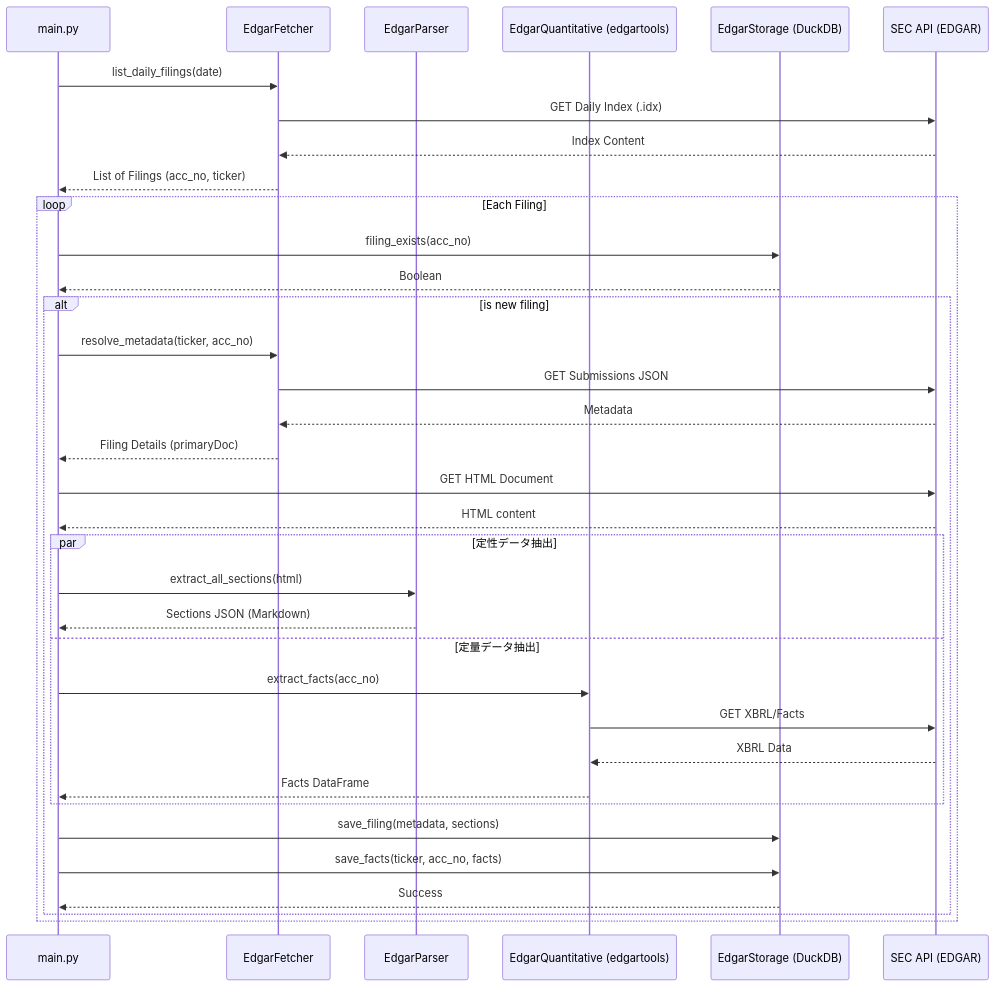
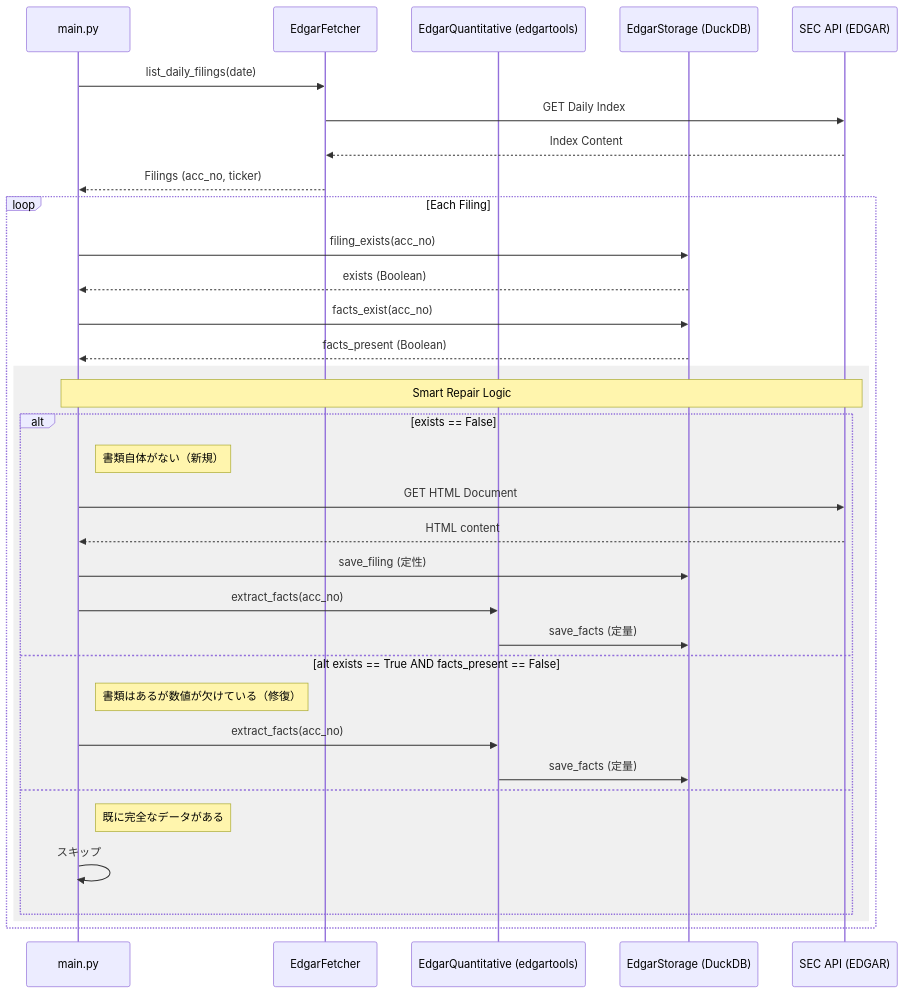
Before and after one commit to ayato-labs/ayato-finance-ecosystem: the diagram in services/edgar_provider/docs/sequence_diagram.md, drawn with Mermaid. The commit also changed other lines of this file and 13 other files, not shown here.

Commit message:
feat: implement core services and ingestion pipeline architecture for edgar_provider project

````diff
--- a/services/edgar_provider/docs/sequence_diagram.md
+++ b/services/edgar_provider/docs/sequence_diagram.md
@@ -5,43 +5,40 @@
 ```mermaid
 sequenceDiagram
     participant CLI as main.py
     participant F as EdgarFetcher
-    participant P as EdgarParser
     participant Q as EdgarQuantitative (edgartools)
     participant S as EdgarStorage (DuckDB)
     participant SEC as SEC API (EDGAR)
 
     CLI->>F: list_daily_filings(date)
-    F->>SEC: GET Daily Index (.idx)
+    F->>SEC: GET Daily Index
     SEC-->>F: Index Content
-    F-->>CLI: List of Filings (acc_no, ticker)
+    F-->>CLI: Filings (acc_no, ticker)
 
     loop Each Filing
         CLI->>S: filing_exists(acc_no)
-        S-->>CLI: Boolean
+        S-->>CLI: exists (Boolean)
+        CLI->>S: facts_exist(acc_no)
+        S-->>CLI: facts_present (Boolean)
 
-        alt is new filing
-            CLI->>F: resolve_metadata(ticker, acc_no)
-            F->>SEC: GET Submissions JSON
-            SEC-->>F: Metadata
-            F-->>CLI: Filing Details (primaryDoc)
-
-            CLI->>SEC: GET HTML Document
-            SEC-->>CLI: HTML content
-
-            par 定性データ抽出
-                CLI->>P: extract_all_sections(html)
-                P-->>CLI: Sections JSON (Markdown)
-            and 定量データ抽出
+        rect rgb(240, 240, 240)
+            Note over CLI, SEC: Smart Repair Logic
+            
+            alt exists == False
+                Note right of CLI: 書類自体がない（新規）
+                CLI->>SEC: GET HTML Document
+                SEC-->>CLI: HTML content
+                CLI->>S: save_filing (定性)
                 CLI->>Q: extract_facts(acc_no)
-                Q->>SEC: GET XBRL/Facts
-                SEC-->>Q: XBRL Data
-                Q-->>CLI: Facts DataFrame
+                Q->>S: save_facts (定量)
+            else alt exists == True AND facts_present == False
+                Note right of CLI: 書類はあるが数値が欠けている（修復）
+                CLI->>Q: extract_facts(acc_no)
+                Q->>S: save_facts (定量)
+            else
+                Note right of CLI: 既に完全なデータがある
+                CLI->>CLI: スキップ
             end
-
-            CLI->>S: save_filing(metadata, sections)
-            CLI->>S: save_facts(ticker, acc_no, facts)
-            S-->>CLI: Success
         end
     end
 ```
````
